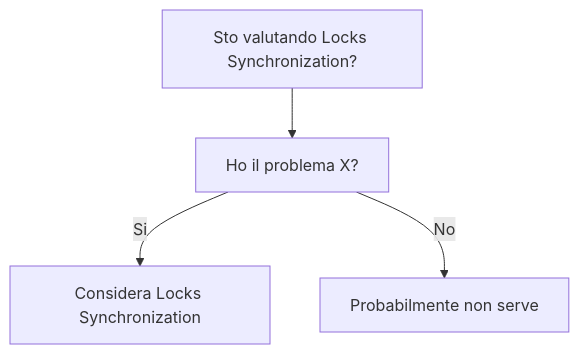
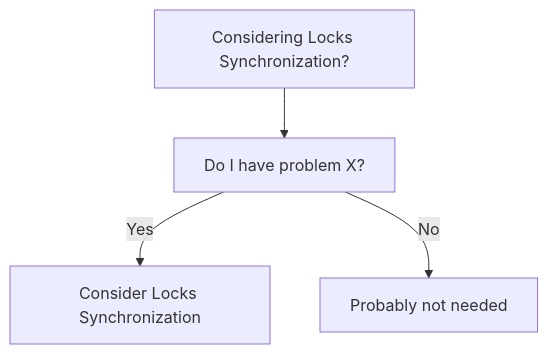
The diagram in dev-wiki/04_Concurrency/Locks_Synchronization/When_To_Use.md (HxT9/Software-Dev-Wiki), drawn with Mermaid before and after one commit. The commit also changed other lines of this file and 3444 other files, not shown here.

````diff
--- a/dev-wiki/04_Concurrency/Locks_Synchronization/When_To_Use.md
+++ b/dev-wiki/04_Concurrency/Locks_Synchronization/When_To_Use.md
@@ -19,6 +19,6 @@
 ```mermaid
 flowchart TD
-  Q[Sto valutando Locks Synchronization?] --> Q1[Ho il problema X?]
-  Q1 -->|Si| OK[Considera Locks Synchronization]
-  Q1 -->|No| NO[Probabilmente non serve]
+  Q[Considering Locks Synchronization?] --> Q1[Do I have problem X?]
+  Q1 -->|Yes| OK[Consider Locks Synchronization]
+  Q1 -->|No| NO[Probably not needed]
 ```
````
